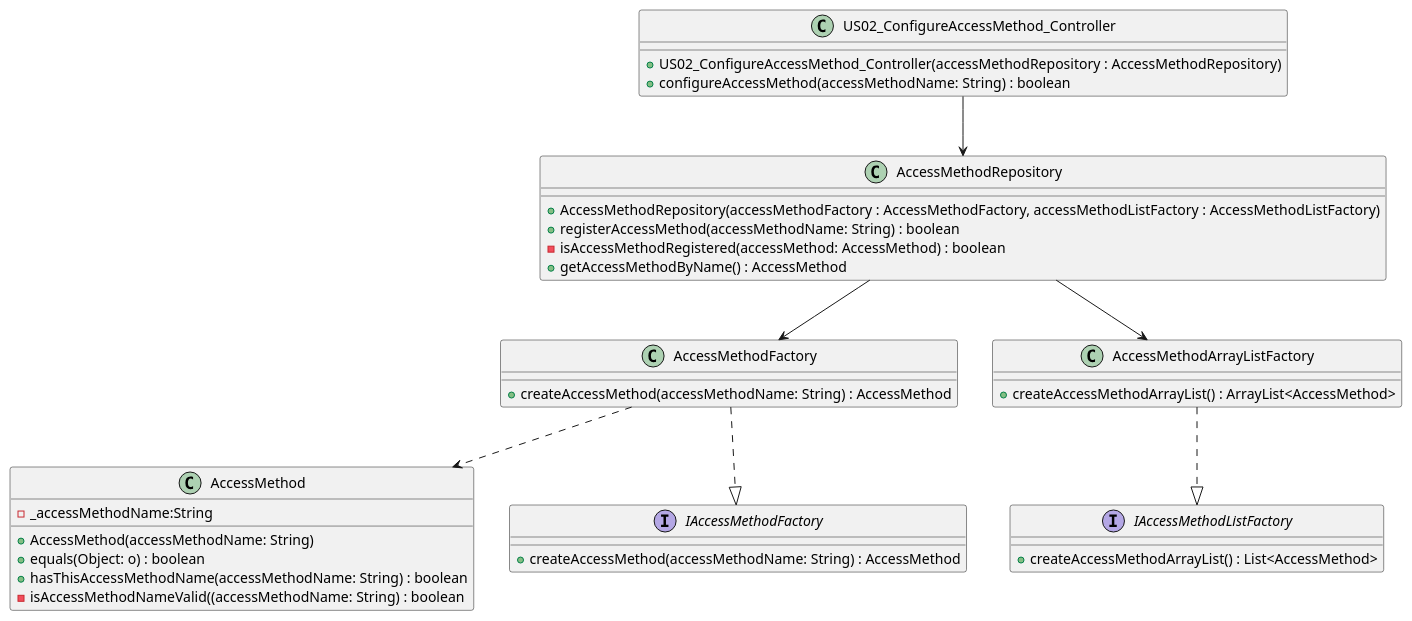
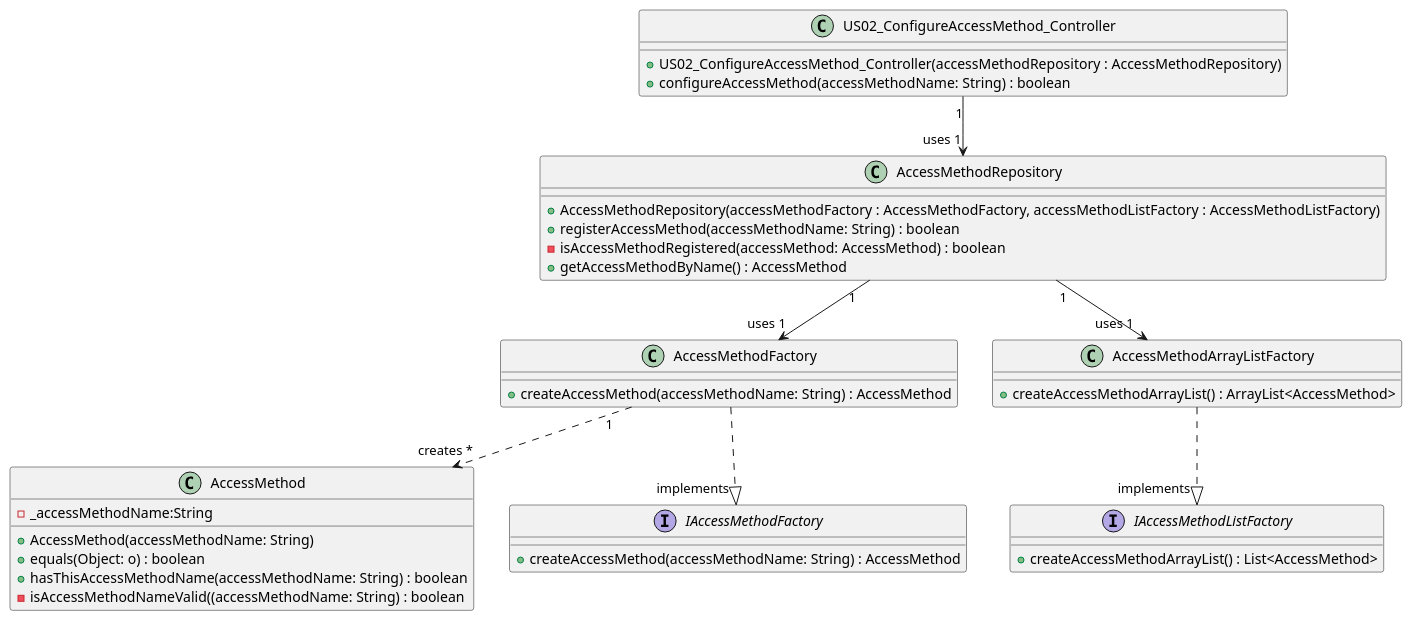
Before and after one commit to GasparISEP/DevOps-PAI: the diagram in docs/US02/US02_ConfigureAccessMethod_ClassDiagram.puml, drawn with PlantUML.

Commit message:
ci: updates US02_ConfigureAccessMethod_ClassDiagram.puml

```diff
--- a/docs/US02/US02_ConfigureAccessMethod_ClassDiagram.puml
+++ b/docs/US02/US02_ConfigureAccessMethod_ClassDiagram.puml
@@ -1,59 +1,59 @@
 @startuml
 
 class AccessMethod
 interface IAccessMethodFactory
 class AccessMethodFactory
 interface IAccessMethodListFactory
 class AccessMethodArrayListFactory
 class AccessMethodRepository
 class US02_ConfigureAccessMethod_Controller
 
 class AccessMethod {
     -_accessMethodName:String
     +AccessMethod(accessMethodName: String)
     +equals(Object: o) : boolean
     +hasThisAccessMethodName(accessMethodName: String) : boolean
     -isAccessMethodNameValid((accessMethodName: String) : boolean
 }
 
 Interface IAccessMethodFactory {
     +createAccessMethod(accessMethodName: String) : AccessMethod
 }
 
 class AccessMethodFactory {
     +createAccessMethod(accessMethodName: String) : AccessMethod
 }
 'implements
-AccessMethodFactory ..|> IAccessMethodFactory
+AccessMethodFactory ..|> "implements" IAccessMethodFactory
 
 
 Interface IAccessMethodListFactory {
  +createAccessMethodArrayList() : List<AccessMethod>
 }
 
 class AccessMethodArrayListFactory {
     +createAccessMethodArrayList() : ArrayList<AccessMethod>
 }
 'implements
-AccessMethodArrayListFactory ..|> IAccessMethodListFactory
+AccessMethodArrayListFactory ..|> "implements" IAccessMethodListFactory
 
 class AccessMethodRepository {
     +AccessMethodRepository(accessMethodFactory : AccessMethodFactory, accessMethodListFactory : AccessMethodListFactory)
     +registerAccessMethod(accessMethodName: String) : boolean
     -isAccessMethodRegistered(accessMethod: AccessMethod) : boolean
     +getAccessMethodByName() : AccessMethod
 }
 'uses
-AccessMethodRepository --> AccessMethodFactory
-AccessMethodRepository --> AccessMethodArrayListFactory
+AccessMethodRepository "1 " --> "uses 1"AccessMethodFactory
+AccessMethodRepository "1" --> "uses 1" AccessMethodArrayListFactory
 
 class US02_ConfigureAccessMethod_Controller {
     +US02_ConfigureAccessMethod_Controller(accessMethodRepository : AccessMethodRepository)
     +configureAccessMethod(accessMethodName: String) : boolean
 }
 'uses
-US02_ConfigureAccessMethod_Controller --> AccessMethodRepository
+US02_ConfigureAccessMethod_Controller "1" --> "uses 1" AccessMethodRepository
 
 'creates
-AccessMethodFactory ..> AccessMethod
+AccessMethodFactory "1" ..> " creates *" AccessMethod
 @enduml
```
